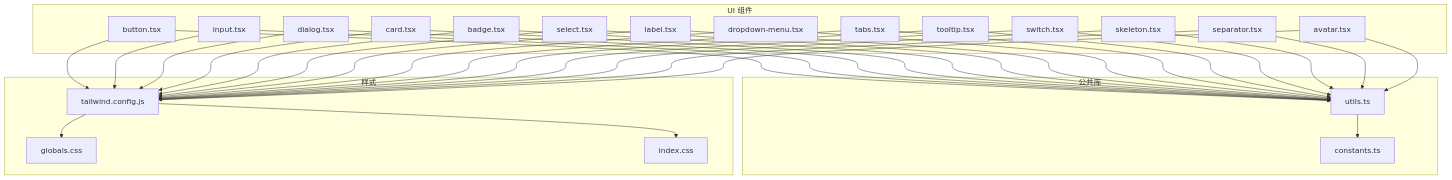
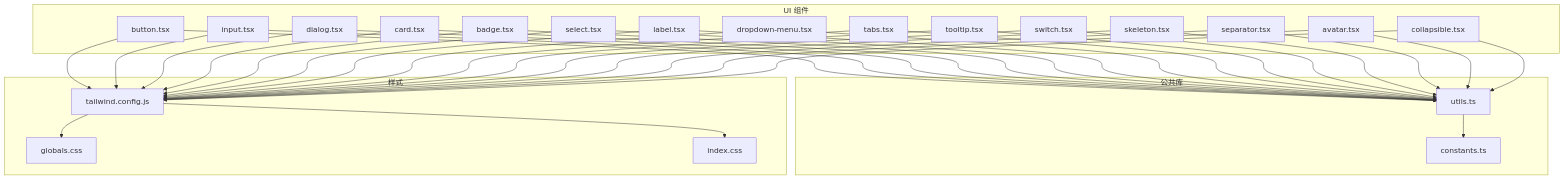
Before and after one commit to Damao997/newproject: the first of 10 diagrams in .qoder/repowiki/zh/content/架构设计/组件架构/UI基础组件.md, drawn with Mermaid. The commit also changed other lines of this file and 118 other files, not shown here.

````diff
--- a/.qoder/repowiki/zh/content/架构设计/组件架构/UI基础组件.md
+++ b/.qoder/repowiki/zh/content/架构设计/组件架构/UI基础组件.md
@@ -49,59 +59,62 @@
 ```mermaid
 graph TB
 subgraph "UI 组件"
 B["button.tsx"]
 I["input.tsx"]
 D["dialog.tsx"]
 C["card.tsx"]
 Ba["badge.tsx"]
 S["select.tsx"]
 Lb["label.tsx"]
 DM["dropdown-menu.tsx"]
 T["tabs.tsx"]
 TT["tooltip.tsx"]
 Sw["switch.tsx"]
 Sk["skeleton.tsx"]
 Sep["separator.tsx"]
 Av["avatar.tsx"]
+Co["collapsible.tsx"]
 end
 subgraph "公共库"
 U["utils.ts"]
 Const["constants.ts"]
 end
 subgraph "样式"
 G["globals.css"]
 IC["index.css"]
 TW["tailwind.config.js"]
 end
 B --> U
 I --> U
 D --> U
 C --> U
 Ba --> U
 S --> U
 Lb --> U
 DM --> U
 T --> U
 TT --> U
 Sw --> U
 Sk --> U
 Sep --> U
 Av --> U
+Co --> U
 U --> Const
 B --> TW
 I --> TW
 D --> TW
 C --> TW
 Ba --> TW
 S --> TW
 Lb --> TW
 DM --> TW
 T --> TW
 TT --> TW
 Sw --> TW
 Sk --> TW
 Sep --> TW
 Av --> TW
+Co --> TW
 TW --> G
 TW --> IC
 ```
````
